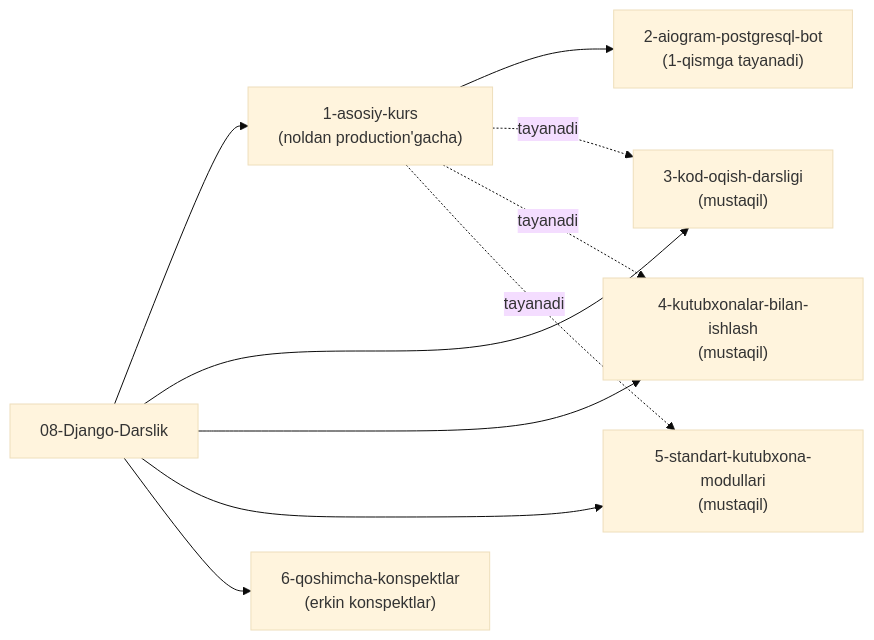
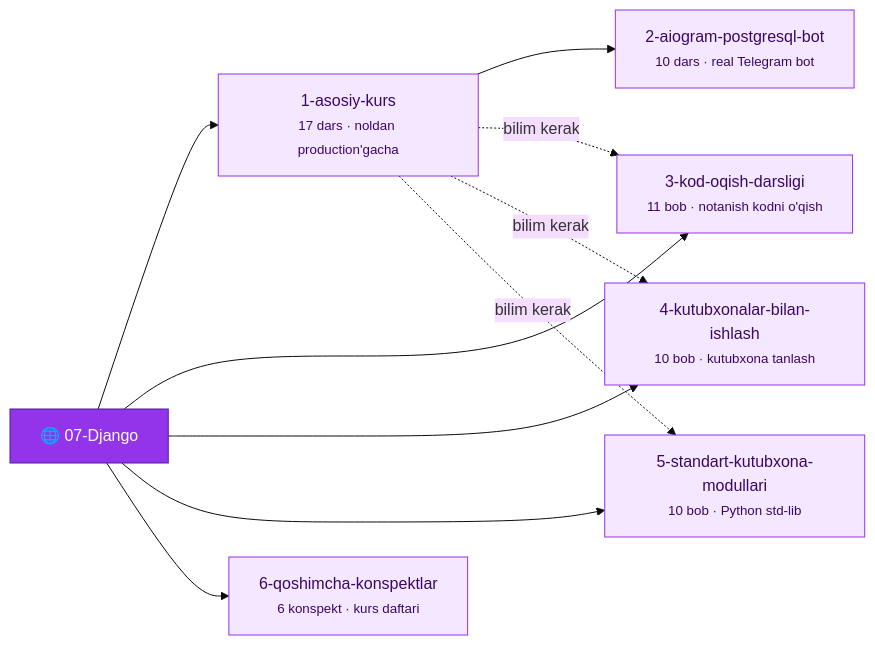
The second of 2 diagrams in docs/ARCHITECTURE.md (shamsiyevshamsiddin19/TUTORIAL), drawn with Mermaid (base theme) before and after one commit. The commit also changed other lines of this file and 1365 other files, not shown here.

````diff
--- a/docs/ARCHITECTURE.md
+++ b/docs/ARCHITECTURE.md
@@ -70,13 +81,18 @@
 ```mermaid
 flowchart LR
-    D["08-Django-Darslik"] --> Q1["1-asosiy-kurs<br/>(noldan production'gacha)"]
-    Q1 --> Q2["2-aiogram-postgresql-bot<br/>(1-qismga tayanadi)"]
-    D --> Q3["3-kod-oqish-darsligi<br/>(mustaqil)"]
-    D --> Q4["4-kutubxonalar-bilan-ishlash<br/>(mustaqil)"]
-    D --> Q5["5-standart-kutubxona-modullari<br/>(mustaqil)"]
-    D --> Q6["6-qoshimcha-konspektlar<br/>(erkin konspektlar)"]
+    D["🌐 07-Django"] --> Q1["1-asosiy-kurs<br/><small>17 dars · noldan production'gacha</small>"]
+    Q1 --> Q2["2-aiogram-postgresql-bot<br/><small>10 dars · real Telegram bot</small>"]
+    D --> Q3["3-kod-oqish-darsligi<br/><small>11 bob · notanish kodni o'qish</small>"]
+    D --> Q4["4-kutubxonalar-bilan-ishlash<br/><small>10 bob · kutubxona tanlash</small>"]
+    D --> Q5["5-standart-kutubxona-modullari<br/><small>10 bob · Python std-lib</small>"]
+    D --> Q6["6-qoshimcha-konspektlar<br/><small>6 konspekt · kurs daftari</small>"]
 
-    Q1 -.tayanadi.-> Q3
-    Q1 -.tayanadi.-> Q4
-    Q1 -.tayanadi.-> Q5
+    Q1 -.bilim kerak.-> Q3
+    Q1 -.bilim kerak.-> Q4
+    Q1 -.bilim kerak.-> Q5
+
+    classDef m fill:#9333ea,stroke:#4c1d95,color:#fff
+    classDef q fill:#f3e8ff,stroke:#9333ea,color:#3b0764
+    class D m
+    class Q1,Q2,Q3,Q4,Q5,Q6 q
 ```
````
